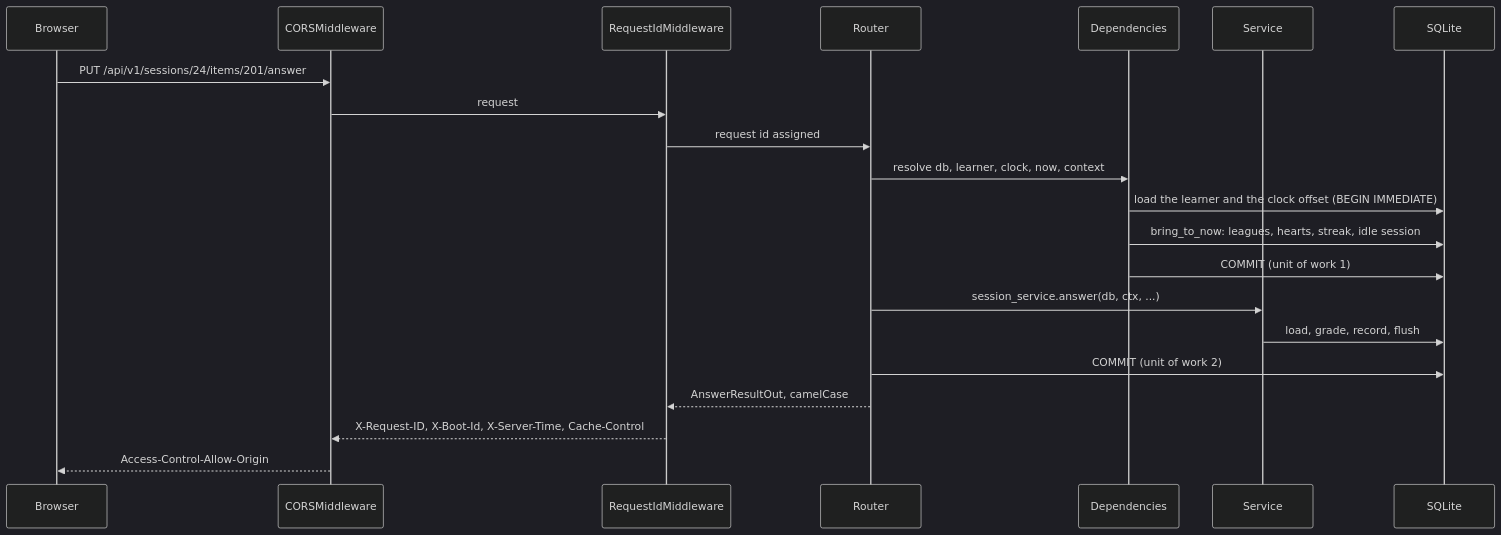
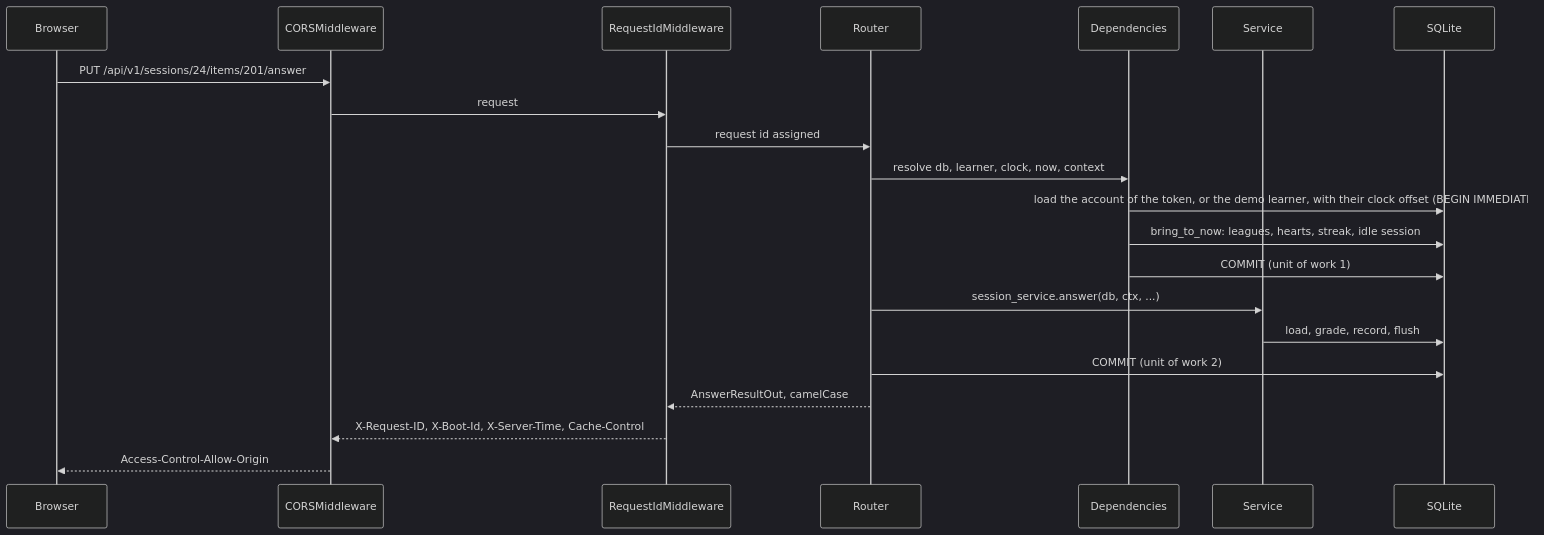
Before and after one commit to PulkitGarg31/Duolingo-Clone: the first of 2 diagrams in docs/DESIGN.md, drawn with Mermaid (dark theme). The commit also changed other lines of this file and 1 other file, not shown here.

Commit message:
docs: document accounts, per-learner sandboxes and the new endpoints

````diff
--- a/docs/DESIGN.md
+++ b/docs/DESIGN.md
@@ -189,23 +196,23 @@
 ```mermaid
 sequenceDiagram
   participant B as Browser
   participant C as CORSMiddleware
   participant M as RequestIdMiddleware
   participant R as Router
   participant D as Dependencies
   participant S as Service
   participant DB as SQLite
   B->>C: PUT /api/v1/sessions/24/items/201/answer
   C->>M: request
   M->>R: request id assigned
   R->>D: resolve db, learner, clock, now, context
-  D->>DB: load the learner and the clock offset (BEGIN IMMEDIATE)
+  D->>DB: load the account of the token, or the demo learner, with their clock offset (BEGIN IMMEDIATE)
   D->>DB: bring_to_now: leagues, hearts, streak, idle session
   D->>DB: COMMIT (unit of work 1)
   R->>S: session_service.answer(db, ctx, ...)
   S->>DB: load, grade, record, flush
   R->>DB: COMMIT (unit of work 2)
   R-->>M: AnswerResultOut, camelCase
   M-->>C: X-Request-ID, X-Boot-Id, X-Server-Time, Cache-Control
   C-->>B: Access-Control-Allow-Origin
 ```
````
